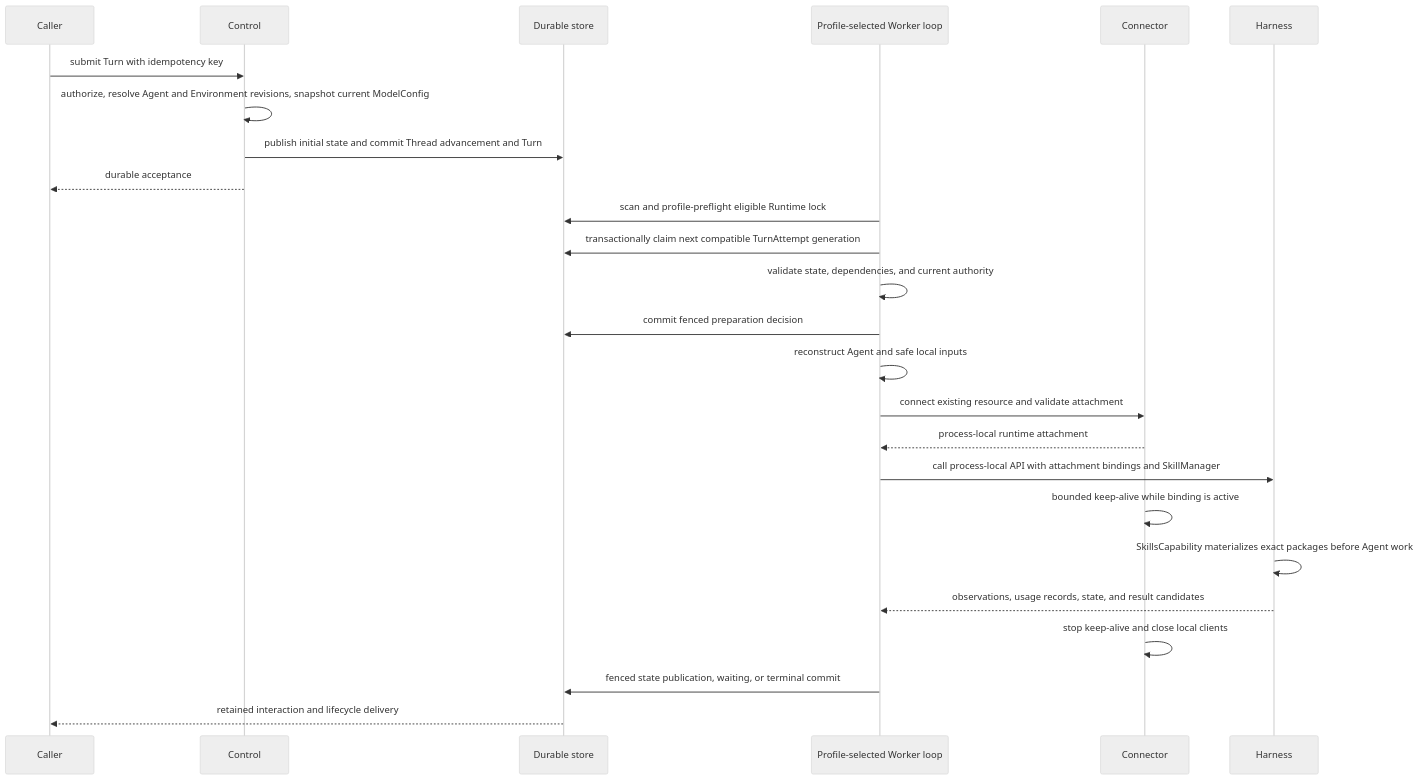
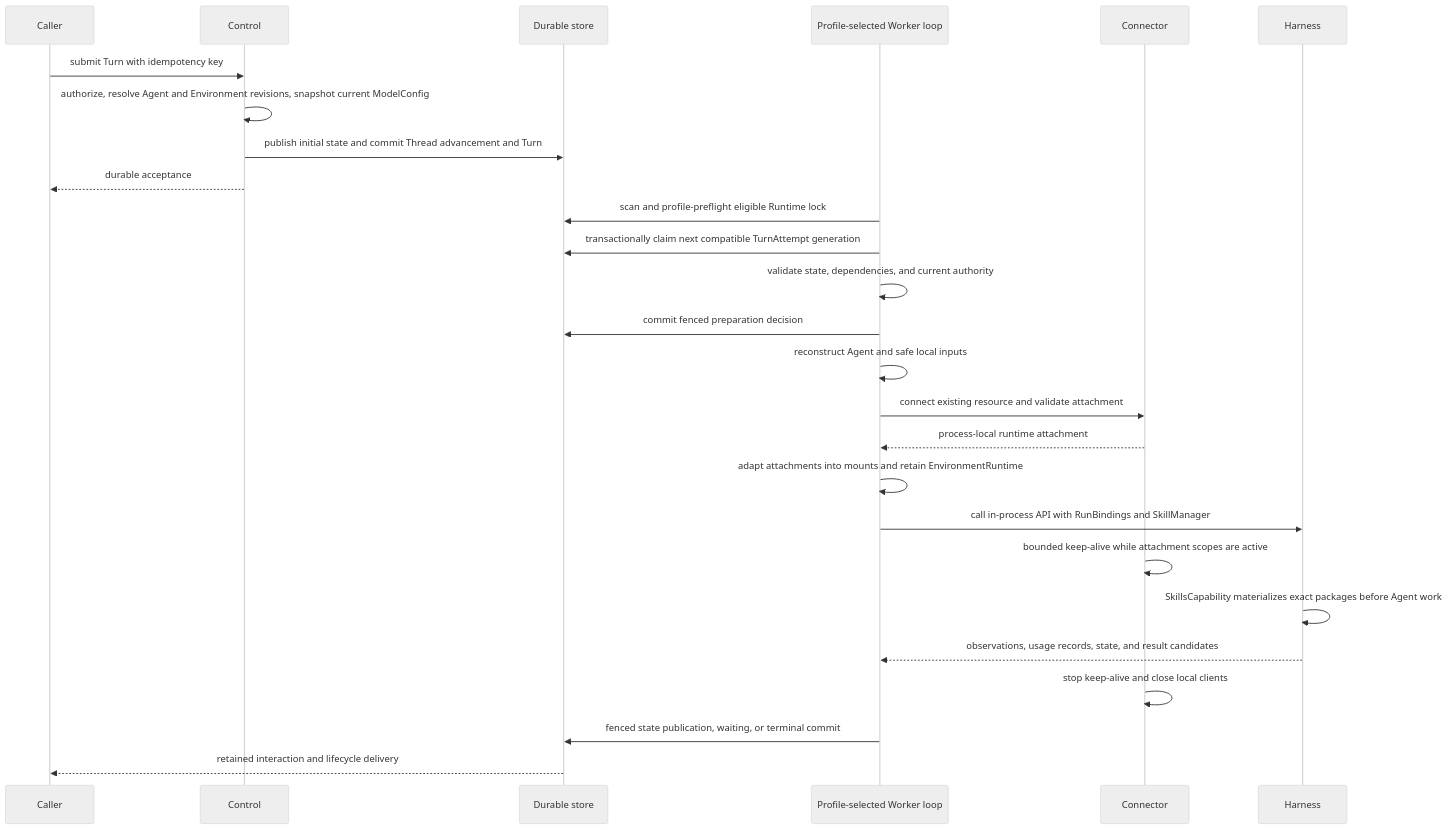
The second of 3 diagrams in spec/foundation-service/00-overview.md (LTThreeComma/agent-foundation), drawn with Mermaid (neutral theme) before and after one commit. The commit also changed other lines of this file and 135 other files, not shown here.

Commit message:
refactor(environment): adopt runtime mount model (#56)

````diff
--- a/spec/foundation-service/00-overview.md
+++ b/spec/foundation-service/00-overview.md
@@ -113,28 +113,29 @@
 ```mermaid
 sequenceDiagram
     participant Caller
     participant Control
     participant DB as Durable store
     participant Worker as Profile-selected Worker loop
     participant Connector
     participant Harness
 
     Caller->>Control: submit Turn with idempotency key
     Control->>Control: authorize, resolve Agent and Environment revisions, snapshot current ModelConfig
     Control->>DB: publish initial state and commit Thread advancement and Turn
     Control-->>Caller: durable acceptance
     Worker->>DB: scan and profile-preflight eligible Runtime lock
     Worker->>DB: transactionally claim next compatible TurnAttempt generation
     Worker->>Worker: validate state, dependencies, and current authority
     Worker->>DB: commit fenced preparation decision
     Worker->>Worker: reconstruct Agent and safe local inputs
     Worker->>Connector: connect existing resource and validate attachment
     Connector-->>Worker: process-local runtime attachment
-    Worker->>Harness: call process-local API with attachment bindings and SkillManager
-    Connector->>Connector: bounded keep-alive while binding is active
+    Worker->>Worker: adapt attachments into mounts and retain EnvironmentRuntime
+    Worker->>Harness: call in-process API with RunBindings and SkillManager
+    Connector->>Connector: bounded keep-alive while attachment scopes are active
     Harness->>Harness: SkillsCapability materializes exact packages before Agent work
     Harness-->>Worker: observations, usage records, state, and result candidates
     Connector->>Connector: stop keep-alive and close local clients
     Worker->>DB: fenced state publication, waiting, or terminal commit
     DB-->>Caller: retained interaction and lifecycle delivery
 ```
````
